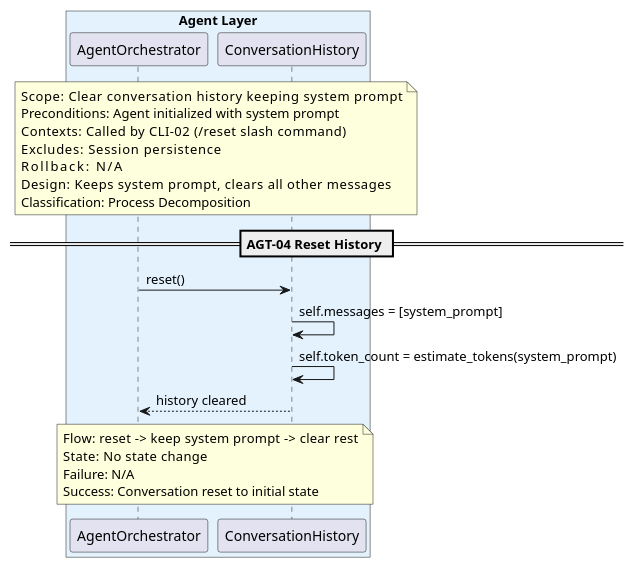
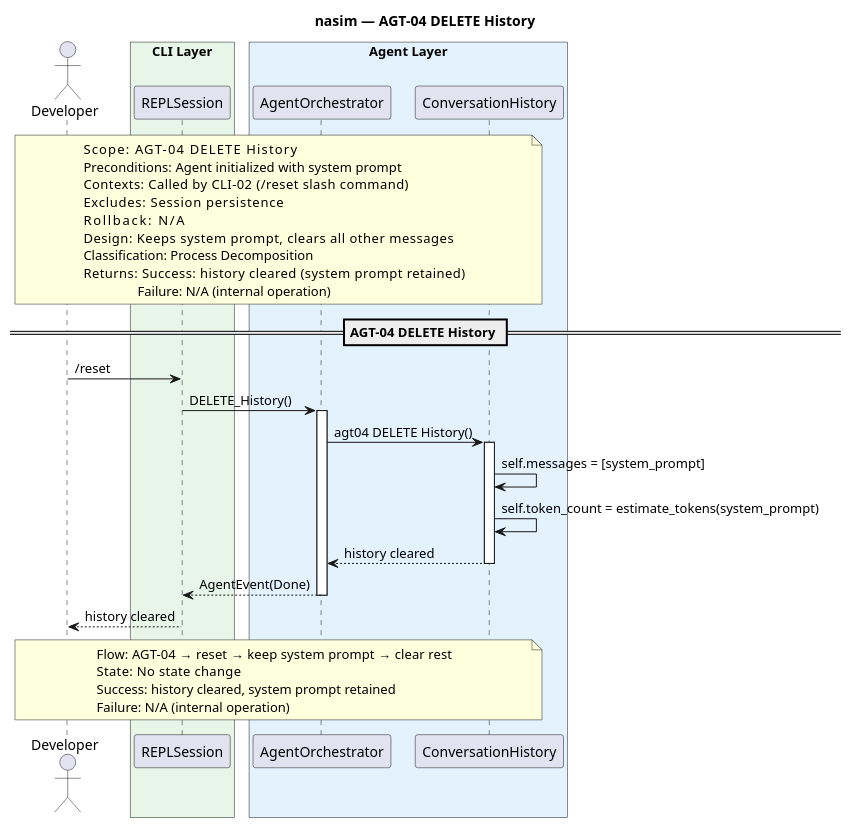
One commit to salimnamvar/nasim changed the diagram in docs/SQ/AGT/sq_agt04_delete_history.puml. Above: the diagram before and after it, drawn with PlantUML. The commit also changed 148 other files, not shown here.

```diff
--- a/docs/SQ/AGT/sq_agt04_delete_history.puml
+++ b/docs/SQ/AGT/sq_agt04_delete_history.puml
@@ -1,42 +1,60 @@
 @startuml sq_agt04_delete_history
 ' ============================================================
-' Title:     AGT-04 — Delete History
-' Boundary:  nasim code agent CLI
+' Title:     AGT-04 — DELETE History
+' Boundary:  nasim code agent
 ' Purpose:   Clear conversation history
 ' Milestone: v1.0
 ' Version:   2.0.0
 ' Source:    docs/UC/README.md
-' Review:    —
+' Review:    docs/SQ/README.md
 ' ============================================================
 
+title nasim — AGT-04 DELETE History
+
+actor "Developer" as user
+
+box "CLI Layer" #E8F5E9
+  participant "REPLSession" as repl
+end box
 box "Agent Layer" #E3F2FD
   participant "AgentOrchestrator" as agent
   participant "ConversationHistory" as history
 end box
 
-note over agent, history
-  Scope:          Clear conversation history keeping system prompt
+note over user, history
+  Scope:          AGT-04 DELETE History
   Preconditions:  Agent initialized with system prompt
   Contexts:       Called by CLI-02 (/reset slash command)
   Excludes:       Session persistence
   Rollback:       N/A
   Design:         Keeps system prompt, clears all other messages
   Classification: Process Decomposition
+  Returns:        Success: history cleared (system prompt retained)
+                  Failure: N/A (internal operation)
 end note
 
-== AGT-04 Reset History ==
+== AGT-04 DELETE History ==
 
-agent -> history : reset()
+user -> repl : /reset
+repl -> agent : DELETE_History()
+activate agent
+
+agent -> history : agt04 DELETE History()
+activate history
 history -> history : self.messages = [system_prompt]
 history -> history : self.token_count = estimate_tokens(system_prompt)
+history --> agent : history cleared
+deactivate history
 
-history --> agent : history cleared
+agent --> repl : AgentEvent(Done)
+deactivate agent
+repl --> user : history cleared
 
-note over agent, history
-  Flow:    reset -> keep system prompt -> clear rest
+note over user, history
+  Flow:    AGT-04 → reset → keep system prompt → clear rest
   State:   No state change
-  Failure: N/A
-  Success: Conversation reset to initial state
+  Success: history cleared, system prompt retained
+  Failure: N/A (internal operation)
 end note
 
 @enduml
```
